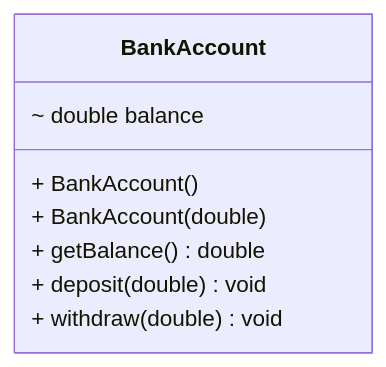
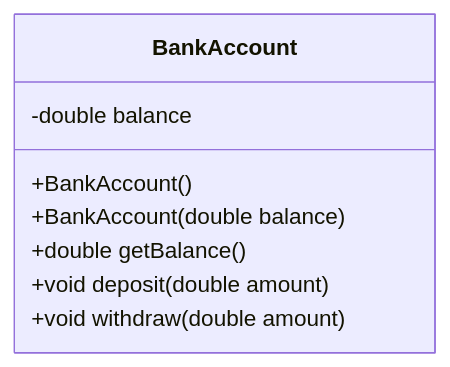
The fifth of 13 diagrams in exercices/src/main/java/oop/README.md (MarinCervinschi/ObjectOrientedProgramming), drawn with Mermaid before and after one commit. The commit also changed other lines of this file and 21 other files, not shown here.

````diff
--- a/exercices/src/main/java/oop/README.md
+++ b/exercices/src/main/java/oop/README.md
@@ -163,12 +169,11 @@
 ```mermaid
 classDiagram
-direction BT
-class BankAccount {
-     ~ double balance
-    + BankAccount()
-    + BankAccount(double)
-    + getBalance() double
-    + deposit(double) void
-    + withdraw(double) void
-}
+    class BankAccount {
+        -double balance
+        +BankAccount()
+        +BankAccount(double balance)
+        +double getBalance()
+        +void deposit(double amount)
+        +void withdraw(double amount)
+    }
 ```
````
